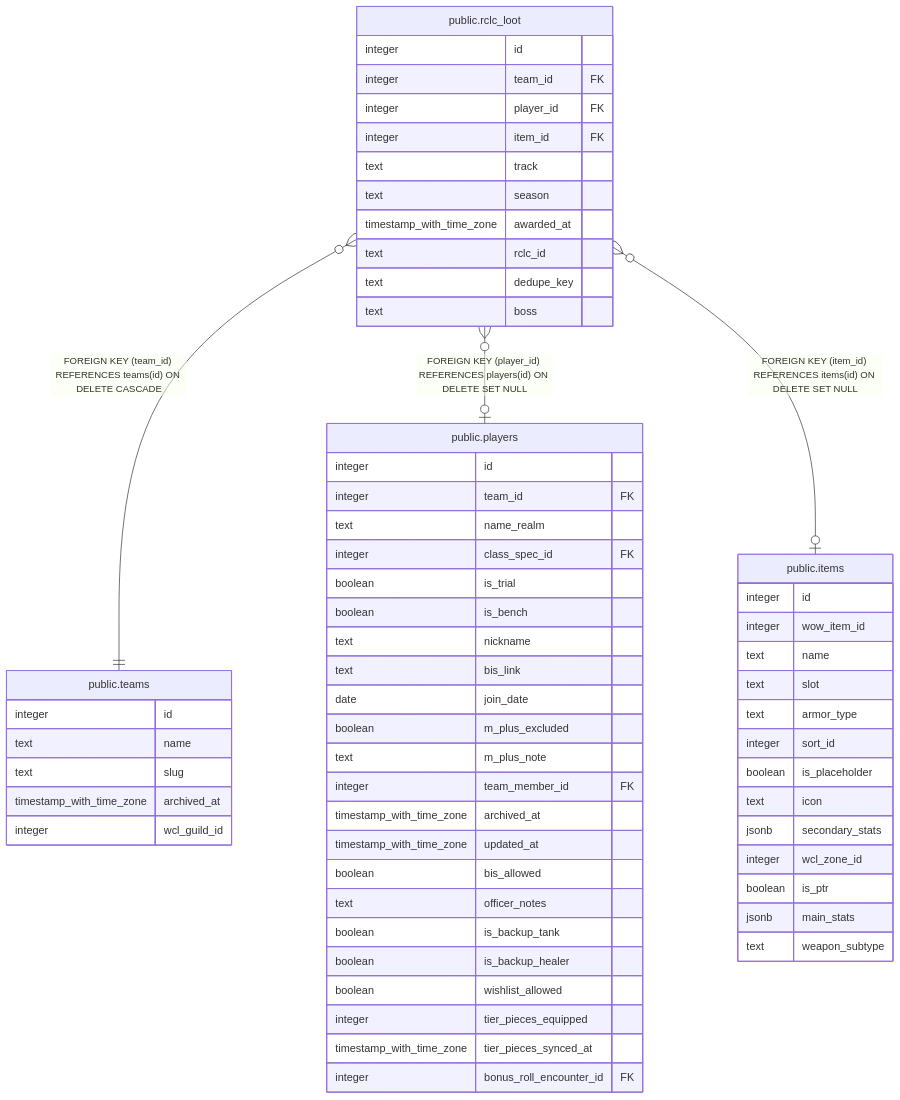
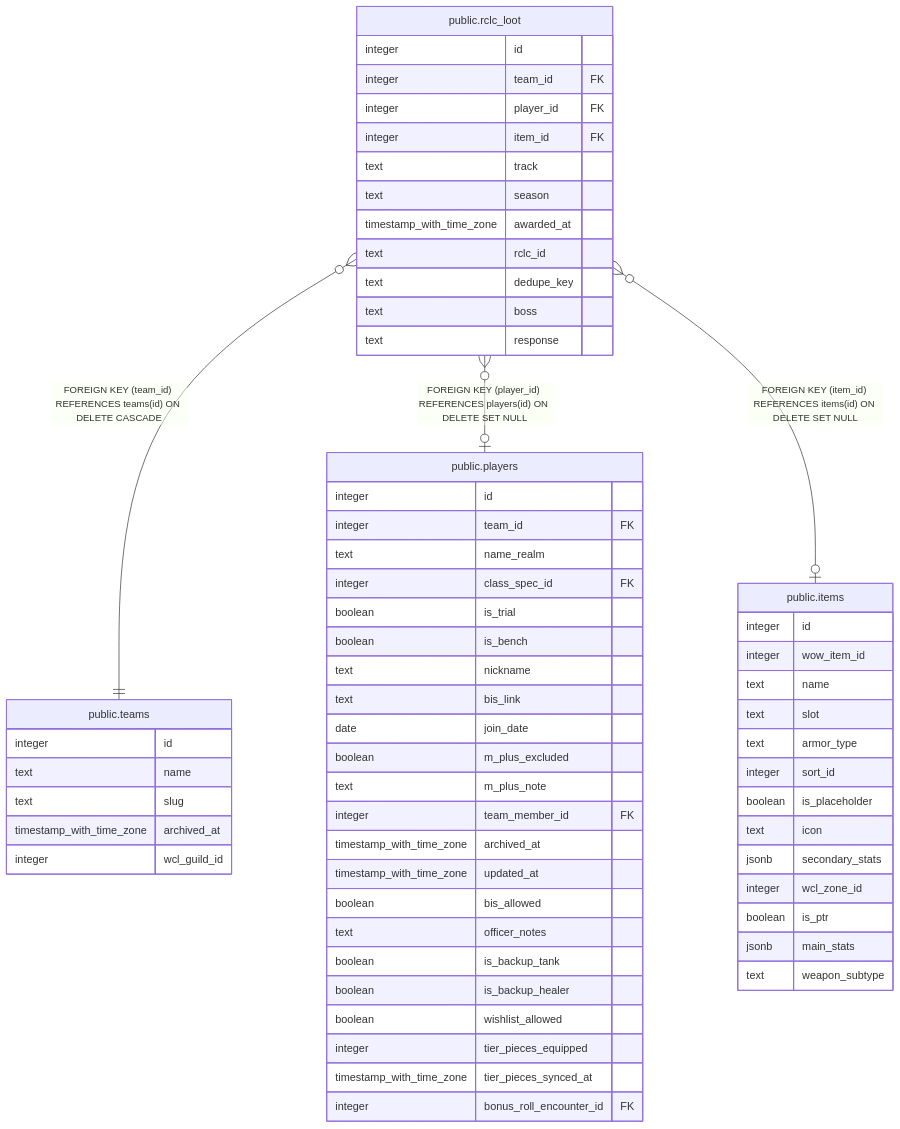
Before and after one commit to katogaming88/Phoenix-Roster: the diagram in dbdoc/public.rclc_loot.md, drawn with Mermaid. The commit also changed other lines of this file and 19 other files, not shown here.

````diff
--- a/dbdoc/public.rclc_loot.md
+++ b/dbdoc/public.rclc_loot.md
@@ -44,66 +45,67 @@
 ```mermaid
 erDiagram
 
 "public.rclc_loot" }o--|| "public.teams" : "FOREIGN KEY (team_id) REFERENCES teams(id) ON DELETE CASCADE"
 "public.rclc_loot" }o--o| "public.players" : "FOREIGN KEY (player_id) REFERENCES players(id) ON DELETE SET NULL"
 "public.rclc_loot" }o--o| "public.items" : "FOREIGN KEY (item_id) REFERENCES items(id) ON DELETE SET NULL"
 
 "public.rclc_loot" {
   integer id
   integer team_id FK
   integer player_id FK
   integer item_id FK
   text track
   text season
   timestamp_with_time_zone awarded_at
   text rclc_id
   text dedupe_key
   text boss
+  text response
 }
 "public.teams" {
   integer id
   text name
   text slug
   timestamp_with_time_zone archived_at
   integer wcl_guild_id
 }
 "public.players" {
   integer id
   integer team_id FK
   text name_realm
   integer class_spec_id FK
   boolean is_trial
   boolean is_bench
   text nickname
   text bis_link
   date join_date
   boolean m_plus_excluded
   text m_plus_note
   integer team_member_id FK
   timestamp_with_time_zone archived_at
   timestamp_with_time_zone updated_at
   boolean bis_allowed
   text officer_notes
   boolean is_backup_tank
   boolean is_backup_healer
   boolean wishlist_allowed
   integer tier_pieces_equipped
   timestamp_with_time_zone tier_pieces_synced_at
   integer bonus_roll_encounter_id FK
 }
 "public.items" {
   integer id
   integer wow_item_id
   text name
   text slot
   text armor_type
   integer sort_id
   boolean is_placeholder
   text icon
   jsonb secondary_stats
   integer wcl_zone_id
   boolean is_ptr
   jsonb main_stats
   text weapon_subtype
 }
 ```
````
